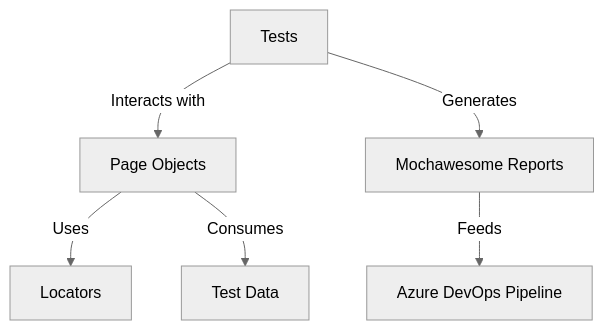
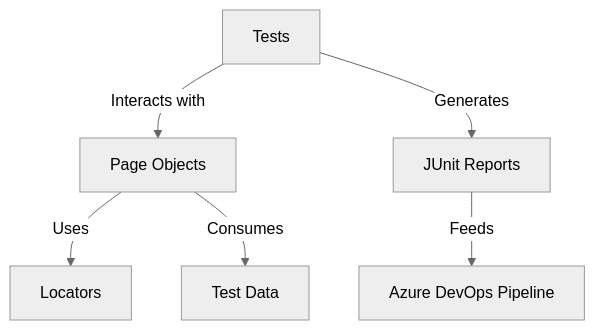
The diagram in README.md (teechMe/qinshift), drawn with Mermaid (neutral theme) before and after one commit. The commit also changed other lines of this file and 1 other file, not shown here.

````diff
--- a/README.md
+++ b/README.md
@@ -23,8 +31,8 @@
 ```mermaid
 graph TD
     A[Tests] -->|Interacts with| B[Page Objects]
     B -->|Uses| C[Locators]
     B -->|Consumes| D[Test Data]
-    A -->|Generates| E[Mochawesome Reports]
+    A -->|Generates| E[JUnit Reports]
     E -->|Feeds| F[Azure DevOps Pipeline]
 ```
````
